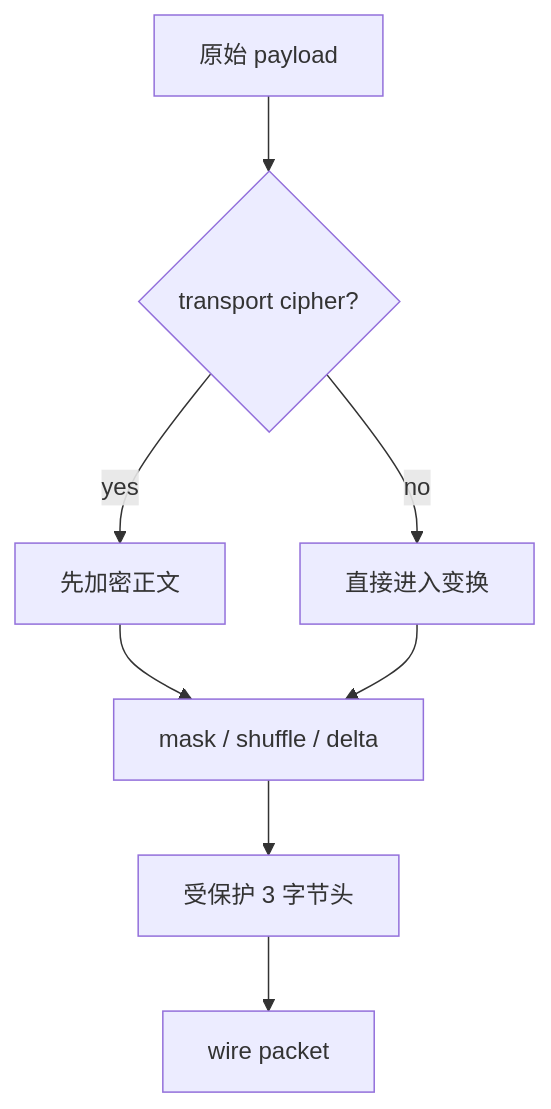
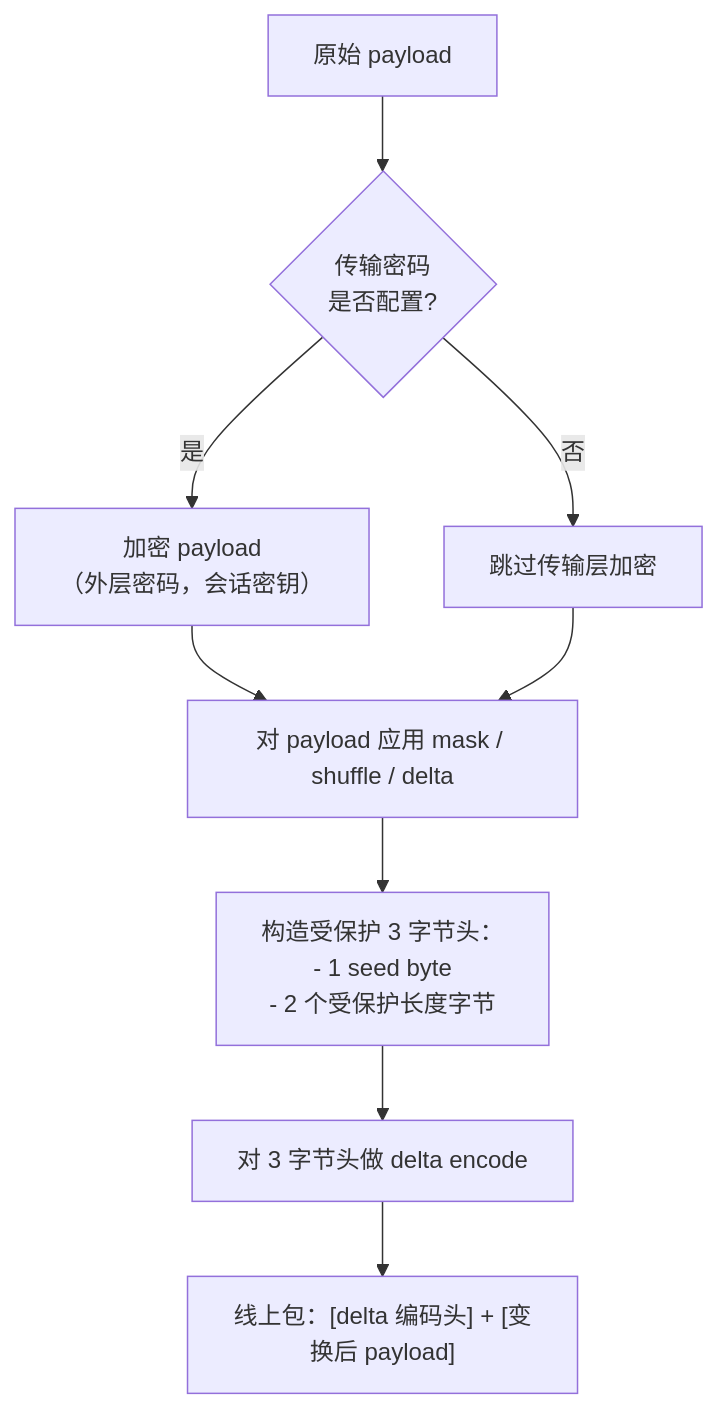
The third of 8 diagrams in docs/PACKET_FORMATS_CN.md (HyacinthHaru/openppp2), drawn with Mermaid before and after one commit. The commit also changed other lines of this file and 93 other files, not shown here.

````diff
--- a/docs/PACKET_FORMATS_CN.md
+++ b/docs/PACKET_FORMATS_CN.md
@@ -118,10 +101,11 @@
 ```mermaid
 flowchart TD
-    A[原始 payload] --> B{transport cipher?}
-    B -->|yes| C[先加密正文]
-    B -->|no| D[直接进入变换]
-    C --> E[mask / shuffle / delta]
+    A["原始 payload"] --> B{"传输密码\n是否配置?"}
+    B -->|"是"| C["加密 payload\n（外层密码，会话密钥）"]
+    B -->|"否"| D["跳过传输层加密"]
+    C --> E["对 payload 应用 mask / shuffle / delta"]
     D --> E
-    E --> F[受保护 3 字节头]
-    F --> G[wire packet]
+    E --> F["构造受保护 3 字节头：\n- 1 seed byte\n- 2 个受保护长度字节"]
+    F --> G["对 3 字节头做 delta encode"]
+    G --> H["线上包：[delta 编码头] + [变换后 payload]"]
 ```
````
